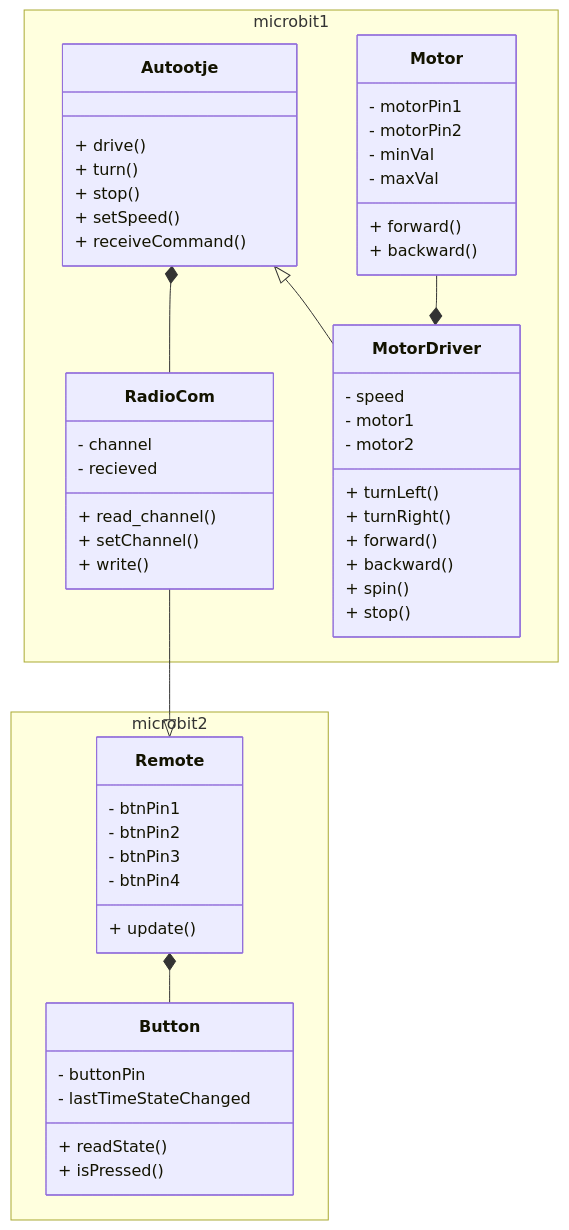
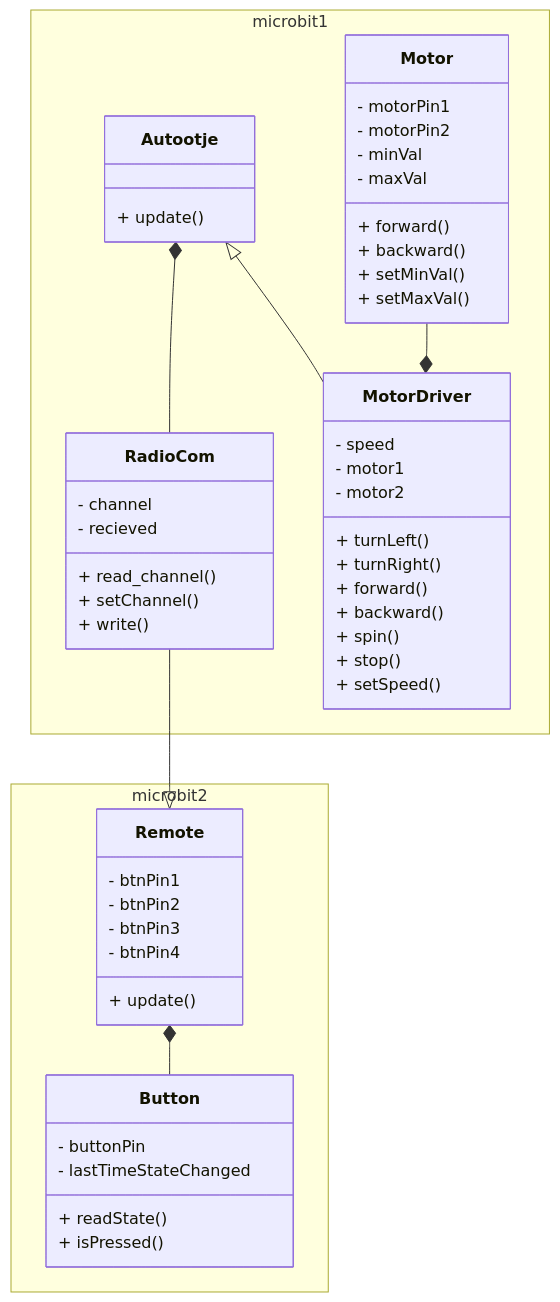
Before and after one commit to jensthebrogrammer/project_autotje: the diagram in UML_schema.md, drawn with Mermaid.

Commit message:
Update UML_schema.md
een paar private attributes toegevoegd

````diff
--- a/UML_schema.md
+++ b/UML_schema.md
@@ -1,68 +1,67 @@
 ```mermaid
 classDiagram
     namespace microbit1 {
         class Autootje {
             
-            + drive()
-            + turn()
-            + stop()
-            + setSpeed()
-            + receiveCommand()
+            + update()
             
         }
 
         class Motor {
             - motorPin1
             - motorPin2
             - minVal
             - maxVal
             + forward()
             + backward()
+            + setMinVal()
+            + setMaxVal()
         }
         
         class MotorDriver {
             - speed
             - motor1
             - motor2
             + turnLeft()
             + turnRight()
             + forward()
             + backward()
             + spin()
             + stop()
+            + setSpeed()
         }
 
         class RadioCom {
             - channel
             - recieved
             + read_channel()
             + setChannel()
             + write()
         }
     }
 
     namespace microbit2 {
         class Remote {
             - btnPin1
             - btnPin2
             - btnPin3
             - btnPin4
             + update()
         }
     
         class Button {
             - buttonPin
             - lastTimeStateChanged
             + readState()
             + isPressed()
             
         }
     }
 
     Autootje *-- RadioCom
     Autootje <|-- MotorDriver
     RadioCom --|> Remote
     Remote *-- Button
     Motor --* MotorDriver
 
 ```
````
